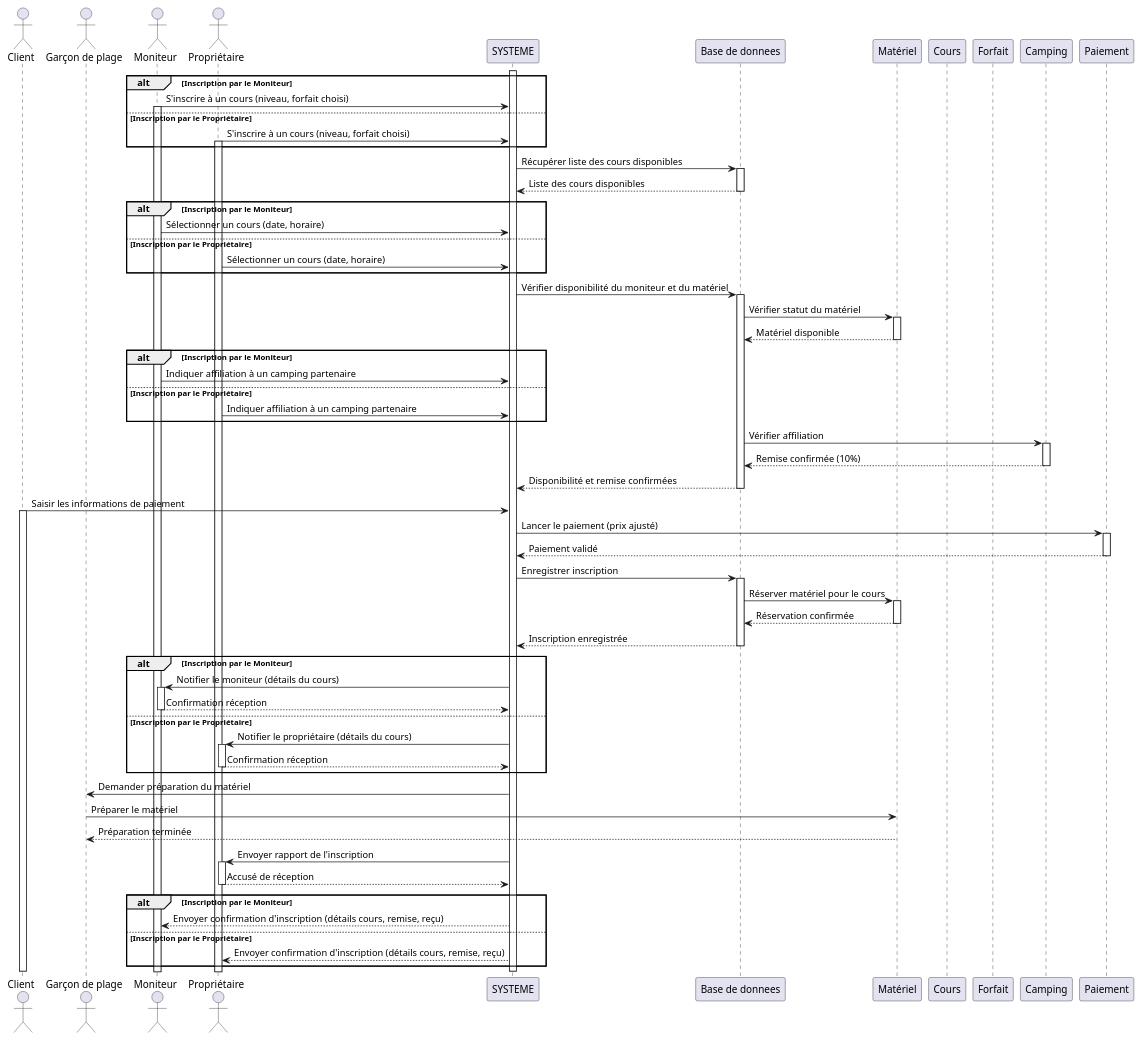
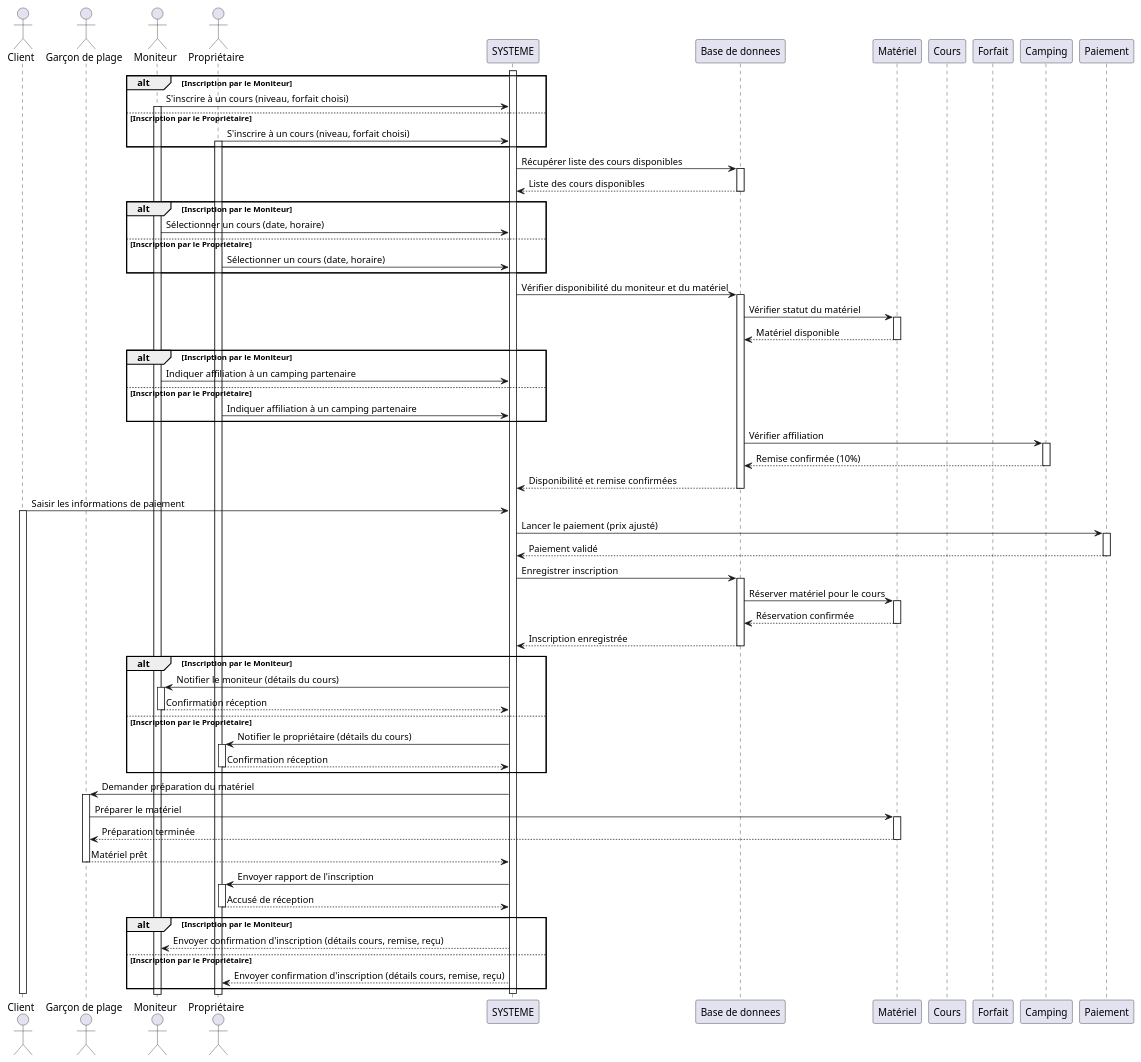
The diagram in docs/1-analysis/workflowSequenceDiagram.puml (Hugo-COLLIN/MIAGE_CSI_NauticalClub), drawn with PlantUML before and after one commit.

Commit message:
docs: prepare equipment (Materiel)

```diff
--- a/docs/1-analysis/workflowSequenceDiagram.puml
+++ b/docs/1-analysis/workflowSequenceDiagram.puml
@@ -1,103 +1,108 @@
 @startuml
 actor Client as C
 actor "Garçon de plage" as G
 actor "Moniteur" as M
 actor "Propriétaire" as P
 participant "SYSTEME" as App
 participant "Base de donnees" as DB
 participant "Matériel" as Mat
 participant "Cours" as Cour
 participant "Forfait" as Forf
 participant "Camping" as Camp
 participant "Paiement" as Pay
 
 alt Inscription par le Moniteur
     M -> App : S'inscrire à un cours (niveau, forfait choisi)
     activate M
 else Inscription par le Propriétaire
     P -> App : S'inscrire à un cours (niveau, forfait choisi)
     activate P
 end
 
 activate App
 
 App -> DB : Récupérer liste des cours disponibles
 activate DB
 DB --> App : Liste des cours disponibles
 deactivate DB
 
 alt Inscription par le Moniteur
     M -> App : Sélectionner un cours (date, horaire)
 else Inscription par le Propriétaire
     P -> App : Sélectionner un cours (date, horaire)
 end
 
 App -> DB : Vérifier disponibilité du moniteur et du matériel
 activate DB
 DB -> Mat : Vérifier statut du matériel
 activate Mat
 Mat --> DB : Matériel disponible
 deactivate Mat
 
 alt Inscription par le Moniteur
     M -> App : Indiquer affiliation à un camping partenaire
 else Inscription par le Propriétaire
     P -> App : Indiquer affiliation à un camping partenaire
 end
 
 DB -> Camp : Vérifier affiliation
 activate Camp
 Camp --> DB : Remise confirmée (10%)
 deactivate Camp
 
 DB --> App : Disponibilité et remise confirmées
 deactivate DB
 
 C -> App : Saisir les informations de paiement
 activate C
 App -> Pay : Lancer le paiement (prix ajusté)
 activate Pay
 Pay --> App : Paiement validé
 deactivate Pay
 
 App -> DB : Enregistrer inscription
 activate DB
 DB -> Mat : Réserver matériel pour le cours
 activate Mat
 Mat --> DB : Réservation confirmée
 deactivate Mat
 DB --> App : Inscription enregistrée
 deactivate DB
 
 alt Inscription par le Moniteur
     App -> M : Notifier le moniteur (détails du cours)
     activate M
     M --> App : Confirmation réception
     deactivate M
 else Inscription par le Propriétaire
     App -> P : Notifier le propriétaire (détails du cours)
     activate P
     P --> App : Confirmation réception
     deactivate P
 end
 
 App -> G : Demander préparation du matériel
+activate G
 G -> Mat : Préparer le matériel
+activate Mat
 Mat --> G : Préparation terminée
+deactivate Mat
+G --> App : Matériel prêt
+deactivate G
 
 App -> P : Envoyer rapport de l'inscription
 activate P
 P --> App : Accusé de réception
 deactivate P
 
 alt Inscription par le Moniteur
     App --> M : Envoyer confirmation d'inscription (détails cours, remise, reçu)
 else Inscription par le Propriétaire
     App --> P : Envoyer confirmation d'inscription (détails cours, remise, reçu)
 end
 
 deactivate G
 deactivate App
 deactivate C
 
 @enduml
```
